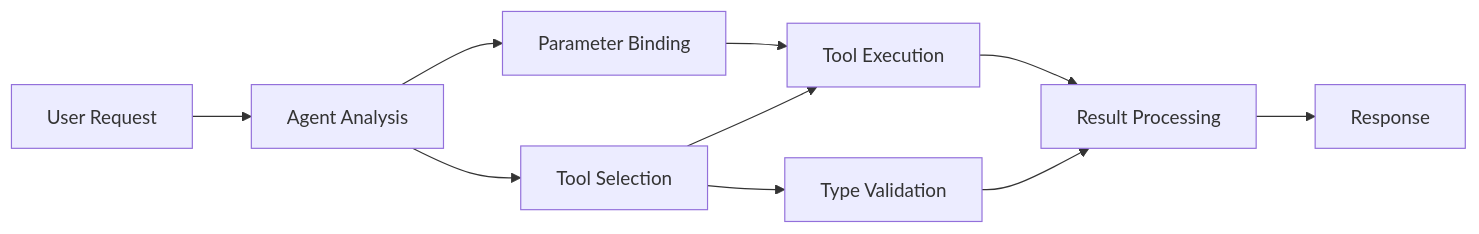
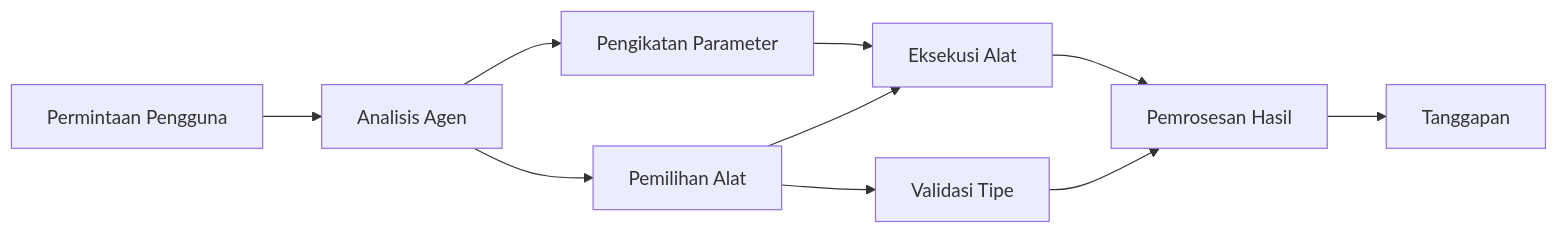
The diagram in translations/id/04-tool-use/code_samples/04-dotnet-agent-framework.md (microsoft/ai-agents-for-beginners), drawn with Mermaid before and after one commit. The commit also changed other lines of this file and 222 other files, not shown here.

````diff
--- a/translations/id/04-tool-use/code_samples/04-dotnet-agent-framework.md
+++ b/translations/id/04-tool-use/code_samples/04-dotnet-agent-framework.md
@@ -40,12 +40,12 @@
 ```mermaid
 graph LR
-    A[User Request] --> B[Agent Analysis]
-    B --> C[Tool Selection]
-    C --> D[Type Validation]
-    B --> E[Parameter Binding]
-    E --> F[Tool Execution]
+    A[Permintaan Pengguna] --> B[Analisis Agen]
+    B --> C[Pemilihan Alat]
+    C --> D[Validasi Tipe]
+    B --> E[Pengikatan Parameter]
+    E --> F[Eksekusi Alat]
     C --> F
-    F --> G[Result Processing]
+    F --> G[Pemrosesan Hasil]
     D --> G
-    G --> H[Response]
+    G --> H[Tanggapan]
 ```
````
